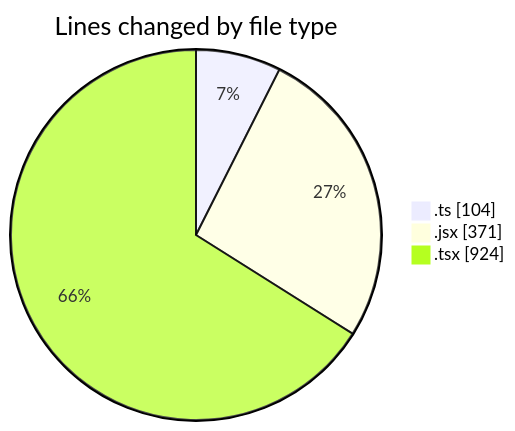
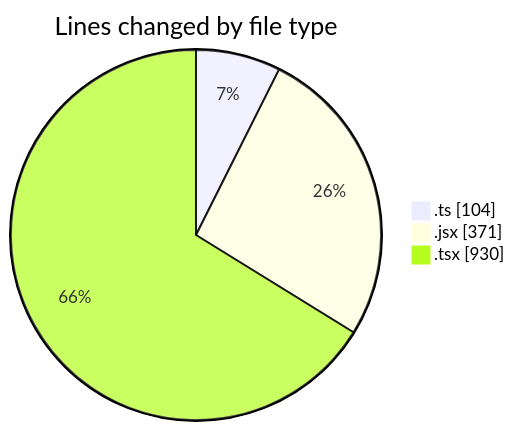
One commit to robertbonfada/code-tracking changed the first of 2 diagrams in 2025-02-08/termonied-web/README.md. Above: the diagram before and after it, drawn with Mermaid. The commit also changed other lines of this file and 1 other file, not shown here.

````diff
--- a/2025-02-08/termonied-web/README.md
+++ b/2025-02-08/termonied-web/README.md
@@ -28,7 +28,7 @@
 ```mermaid
 pie showData
 title Lines changed by file type
 ".ts" : 104
 ".jsx" : 371
-".tsx" : 924
+".tsx" : 930
 ```
````
